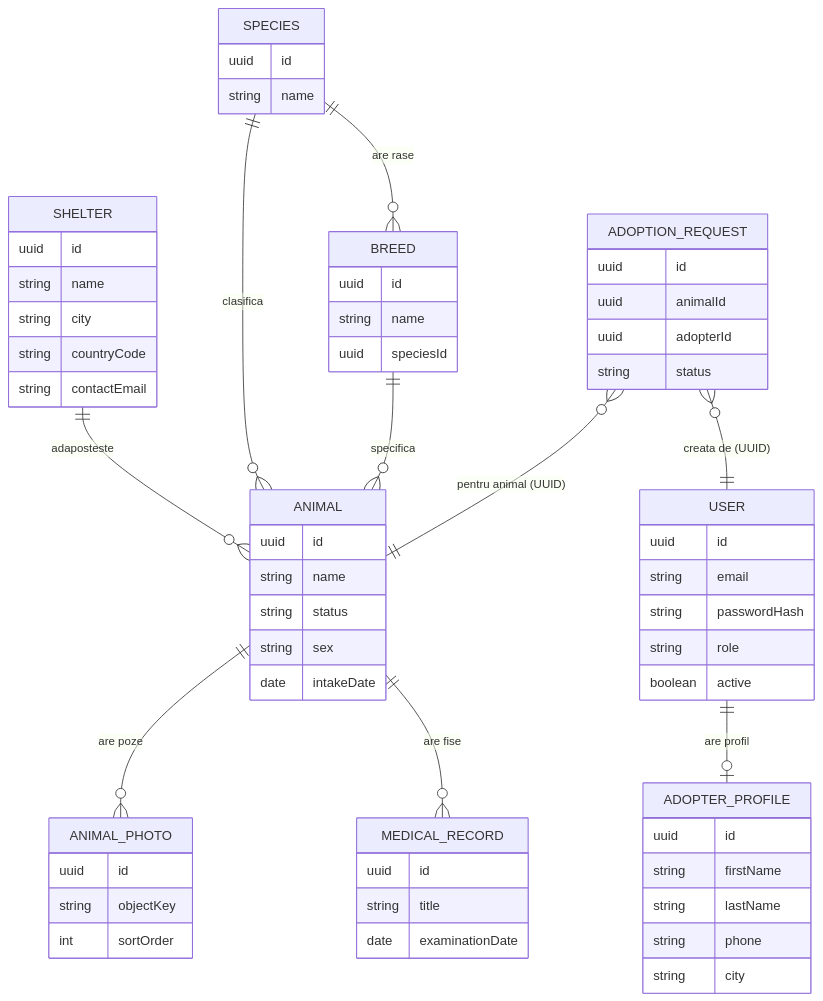
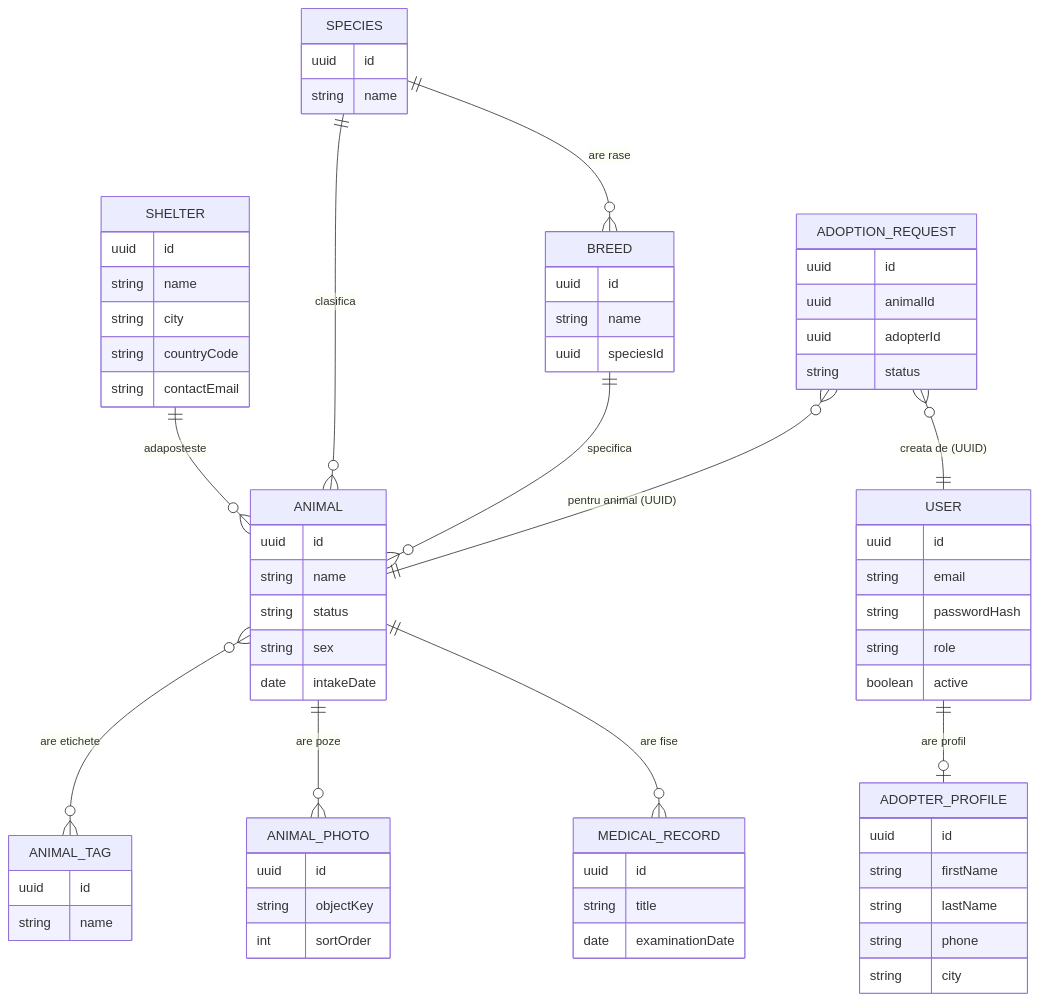
Before and after one commit to narcispurghel/awbd: the diagram in README.md, drawn with Mermaid. The commit also changed other lines of this file and 11 other files, not shown here.

````diff
--- a/README.md
+++ b/README.md
@@ -128,66 +130,71 @@
 ```mermaid
 erDiagram
     USER ||--o| ADOPTER_PROFILE : "are profil"
     SHELTER ||--o{ ANIMAL : "adaposteste"
     SPECIES ||--o{ BREED : "are rase"
     SPECIES ||--o{ ANIMAL : "clasifica"
     BREED ||--o{ ANIMAL : "specifica"
+    ANIMAL }o--o{ ANIMAL_TAG : "are etichete"
     ANIMAL ||--o{ ANIMAL_PHOTO : "are poze"
     ANIMAL ||--o{ MEDICAL_RECORD : "are fise"
     ADOPTION_REQUEST }o--|| ANIMAL : "pentru animal (UUID)"
     ADOPTION_REQUEST }o--|| USER : "creata de (UUID)"
 
     USER {
         uuid id
         string email
         string passwordHash
         string role
         boolean active
     }
     ADOPTER_PROFILE {
         uuid id
         string firstName
         string lastName
         string phone
         string city
     }
     SHELTER {
         uuid id
         string name
         string city
         string countryCode
         string contactEmail
     }
     SPECIES {
         uuid id
         string name
     }
     BREED {
         uuid id
         string name
         uuid speciesId
     }
     ANIMAL {
         uuid id
         string name
         string status
         string sex
         date intakeDate
     }
+    ANIMAL_TAG {
+        uuid id
+        string name
+    }
     ANIMAL_PHOTO {
         uuid id
         string objectKey
         int sortOrder
     }
     MEDICAL_RECORD {
         uuid id
         string title
         date examinationDate
     }
     ADOPTION_REQUEST {
         uuid id
         uuid animalId
         uuid adopterId
         string status
     }
 ```
````
